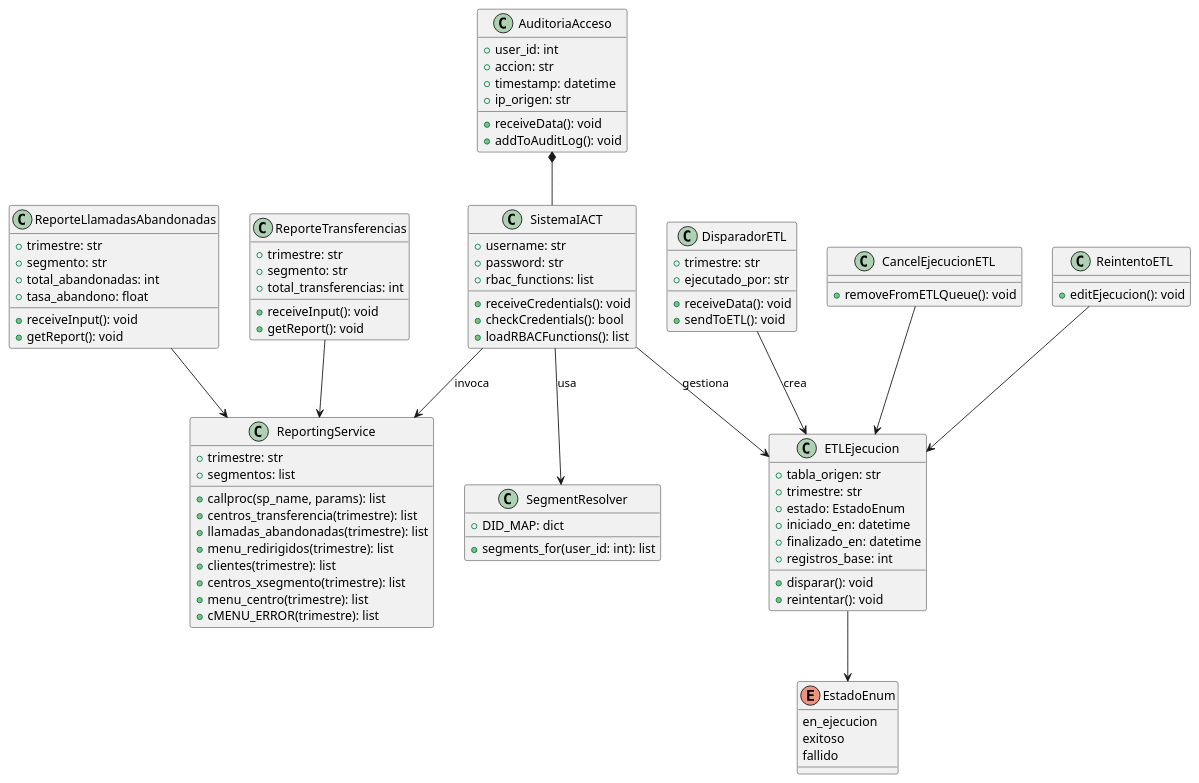
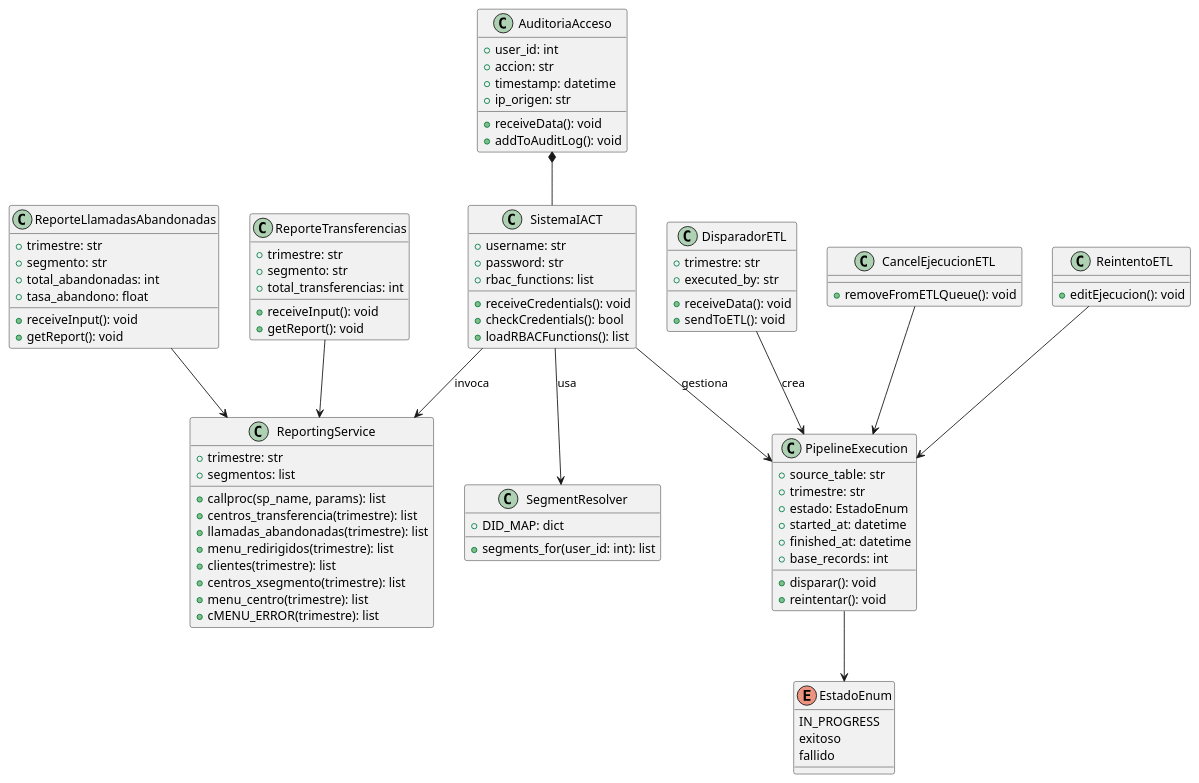
One commit to jcg-admin/IACT-docs changed the diagram in source/arquitectura-tecnica/system-view/clases-sistema-iact.rst. Above: the diagram before and after it, drawn with PlantUML. The commit also changed 96 other files, not shown here.

First line of the commit message:
Apply CNST-033: rename ETL→Pipeline in domain-model + sweep refs

```diff
--- a/source/arquitectura-tecnica/system-view/clases-sistema-iact.rst
+++ b/source/arquitectura-tecnica/system-view/clases-sistema-iact.rst
@@ -58,20 +58,20 @@
    +cMENU_ERROR(trimestre): list
  }
 
- class ETLEjecucion {
-   +tabla_origen: str
+ class PipelineExecution {
+   +source_table: str
    +trimestre: str
    +estado: EstadoEnum
-   +iniciado_en: datetime
-   +finalizado_en: datetime
-   +registros_base: int
+   +started_at: datetime
+   +finished_at: datetime
+   +base_records: int
    +disparar(): void
    +reintentar(): void
  }
 
  class DisparadorETL {
    +trimestre: str
-   +ejecutado_por: str
+   +executed_by: str
    +receiveData(): void
    +sendToETL(): void
  }
@@ -111,20 +111,20 @@
  }
 
  enum EstadoEnum {
-   en_ejecucion
+   IN_PROGRESS
    exitoso
    fallido
  }
 
  SistemaIACT --> SegmentResolver : usa
  SistemaIACT --> ReportingService : invoca
- SistemaIACT --> ETLEjecucion : gestiona
- DisparadorETL --> ETLEjecucion : crea
+ SistemaIACT --> PipelineExecution : gestiona
+ DisparadorETL --> PipelineExecution : crea
  ReporteLlamadasAbandonadas --> ReportingService
  ReporteTransferencias --> ReportingService
  AuditoriaAcceso *-- SistemaIACT
- ReintentoETL --> ETLEjecucion
- CancelEjecucionETL --> ETLEjecucion
- ETLEjecucion --> EstadoEnum
+ ReintentoETL --> PipelineExecution
+ CancelEjecucionETL --> PipelineExecution
+ PipelineExecution --> EstadoEnum
 
  @enduml
```
